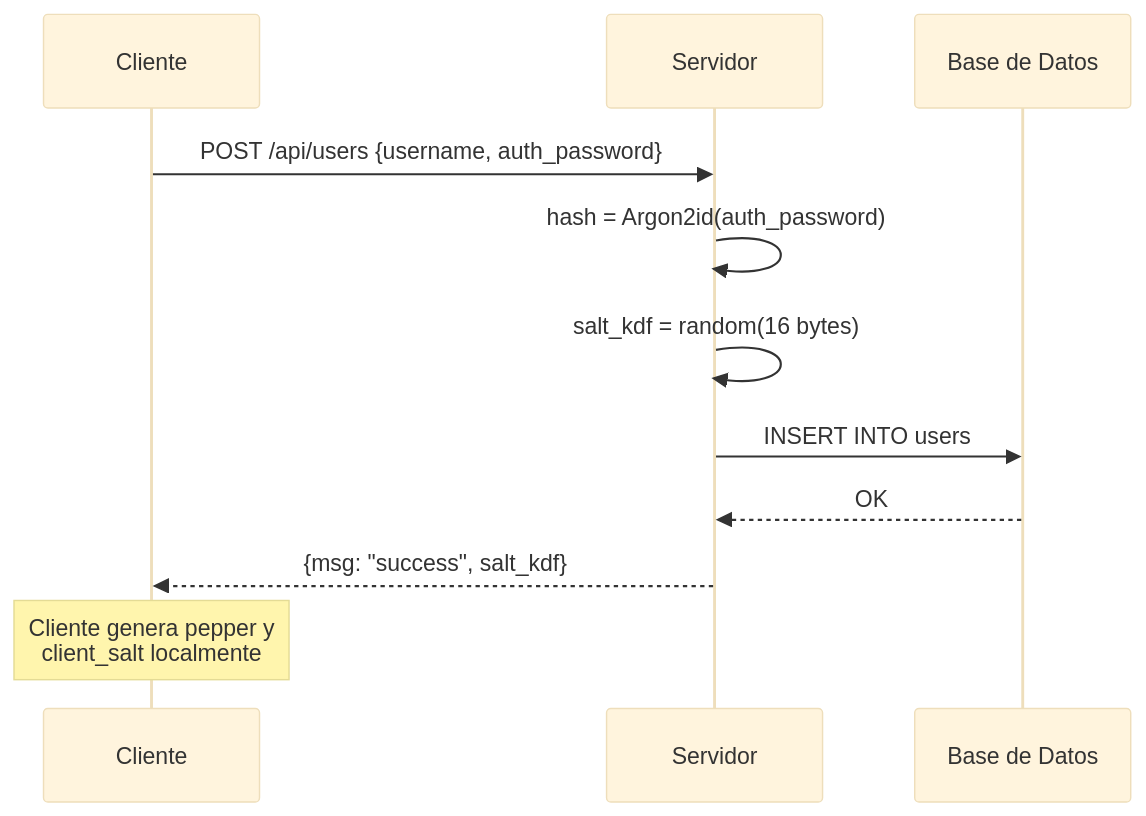
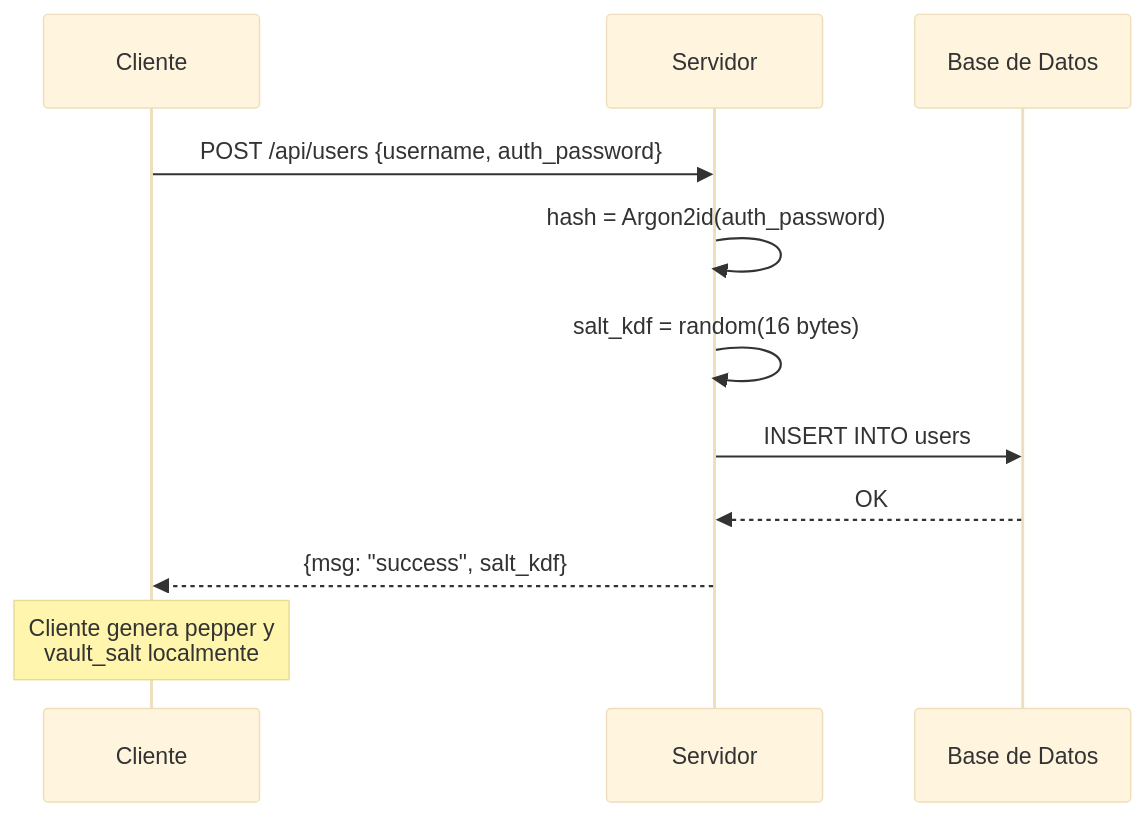
Before and after one commit to DavidHerencia/password_manager_crypto: the fourth of 9 diagrams in INFORME_TECNICO.md, drawn with Mermaid (base theme). The commit also changed other lines of this file and 2 other files, not shown here.

Commit message:
salt now is explicitly checked

````diff
--- a/INFORME_TECNICO.md
+++ b/INFORME_TECNICO.md
@@ -305,15 +329,15 @@
 ```mermaid
 sequenceDiagram
     participant C as Cliente
     participant S as Servidor
     participant DB as Base de Datos
     
     C->>S: POST /api/users {username, auth_password}
     S->>S: hash = Argon2id(auth_password)
     S->>S: salt_kdf = random(16 bytes)
     S->>DB: INSERT INTO users
     DB-->>S: OK
     S-->>C: {msg: "success", salt_kdf}
     
-    Note over C: Cliente genera pepper y<br/>client_salt localmente
+    Note over C: Cliente genera pepper y<br/>vault_salt localmente
 ```
````
